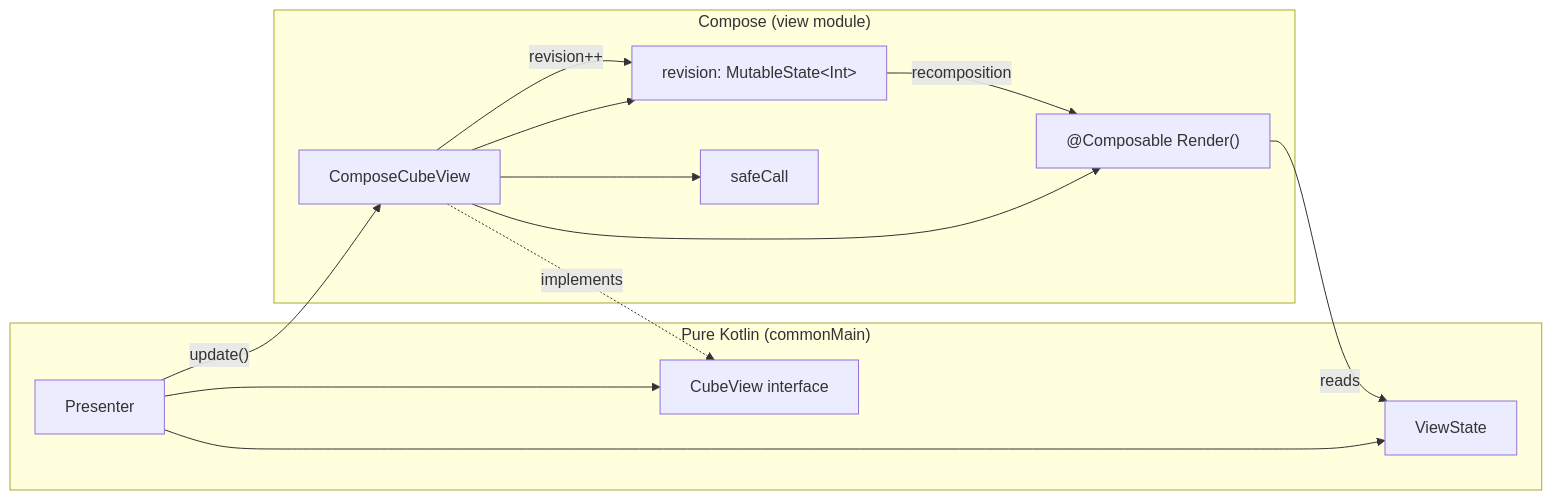
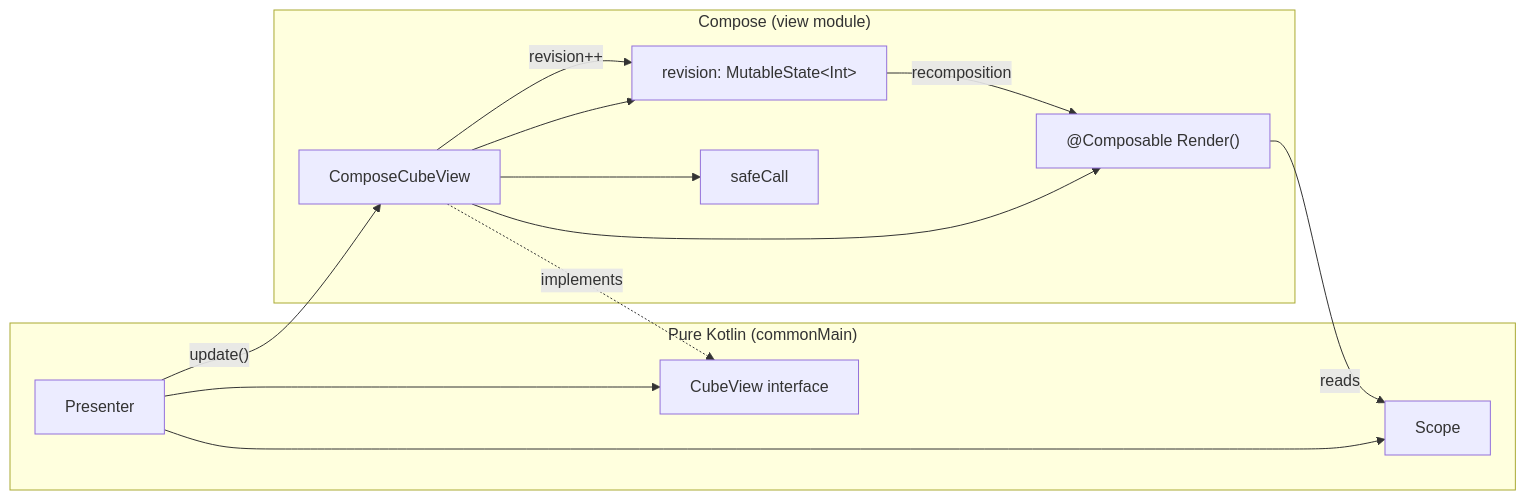
Before and after one commit to mrcdom/wdc-cube-kotlin: the first of 9 diagrams in docs/architecture-cube-compose.md, drawn with Mermaid. The commit also changed other lines of this file and 117 other files, not shown here.

First line of the commit message:
refactor(cube): ViewState becomes Scope, in code, protocol and docs

````diff
--- a/docs/architecture-cube-compose.md
+++ b/docs/architecture-cube-compose.md
@@ -34,19 +34,19 @@
 ```mermaid
 graph LR
     subgraph "Pure Kotlin (commonMain)"
-        P[Presenter] --> S[ViewState]
+        P[Presenter] --> S[Scope]
         P --> CV[CubeView interface]
     end
 
     subgraph "Compose (view module)"
         CCV[ComposeCubeView] -.->|implements| CV
         CCV --> REV["revision: MutableState&lt;Int&gt;"]
         CCV --> SC[safeCall]
         CCV --> RND["@Composable Render()"]
     end
 
     P -->|"update()"| CCV
     CCV -->|"revision++"| REV
     REV -->|"recomposition"| RND
     RND -->|"reads"| S
 ```
````
